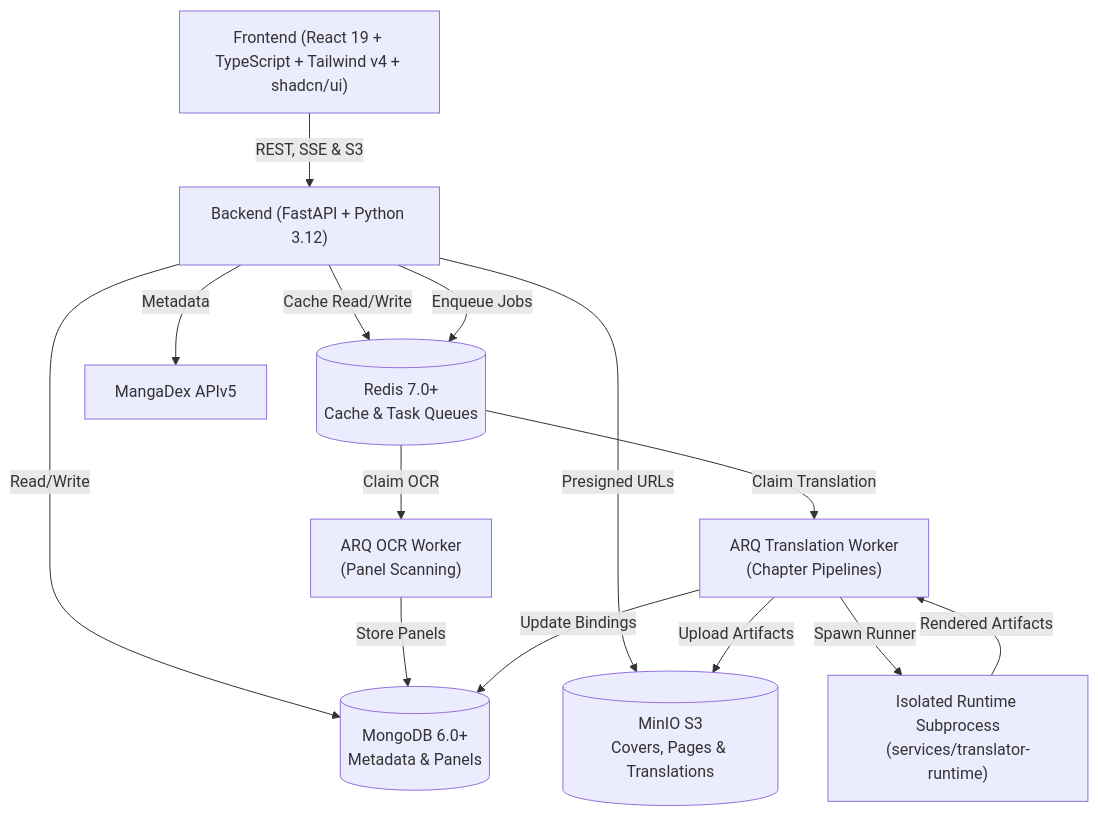
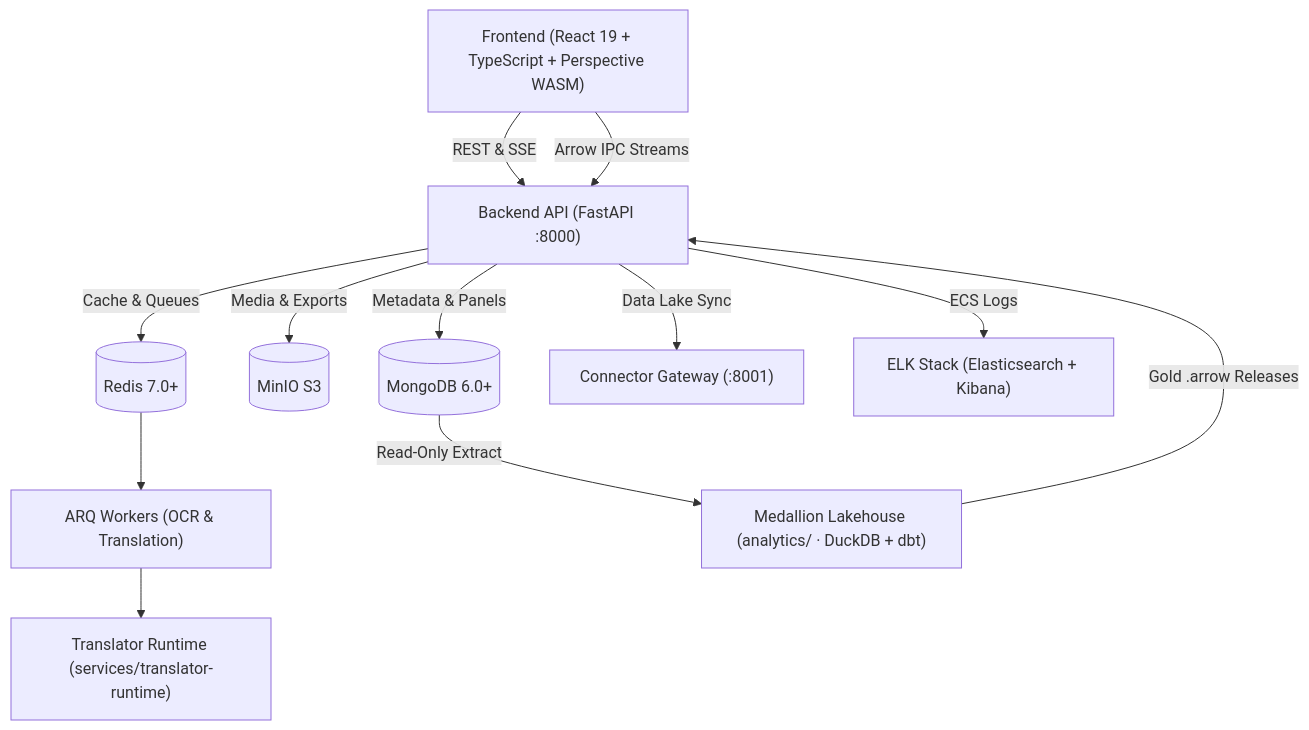
Before and after one commit to huyxuantruong1411/Manga-Reviews-Management: the diagram in README.md, drawn with Mermaid. The commit also changed other lines of this file and 2 other files, not shown here.

Commit message:
docs(readme): sync root, backend, and frontend READMEs with current system state

````diff
--- a/README.md
+++ b/README.md
@@ -104,26 +87,14 @@
 ```mermaid
 flowchart TD
-    Client["Frontend (React 19 + TypeScript + Tailwind v4 + shadcn/ui)"]
-    API["Backend (FastAPI + Python 3.12)"]
-    Mongo[("MongoDB 6.0+<br/>Metadata & Panels")]
-    MinIO[("MinIO S3<br/>Covers, Pages & Translations")]
-    Redis[("Redis 7.0+<br/>Cache & Task Queues")]
-    WorkerOCR["ARQ OCR Worker<br/>(Panel Scanning)"]
-    WorkerTrans["ARQ Translation Worker<br/>(Chapter Pipelines)"]
-    Runtime["Isolated Runtime Subprocess<br/>(services/translator-runtime)"]
-    DexAPI["MangaDex APIv5"]
-
-    Client -->|"REST, SSE & S3"| API
-    API -->|"Read/Write"| Mongo
-    API -->|"Presigned URLs"| MinIO
-    API -->|"Cache Read/Write"| Redis
-    API -->|"Enqueue Jobs"| Redis
-    Redis -->|"Claim OCR"| WorkerOCR
-    Redis -->|"Claim Translation"| WorkerTrans
-    WorkerOCR -->|"Store Panels"| Mongo
-    WorkerTrans -->|"Spawn Runner"| Runtime
-    Runtime -->|"Rendered Artifacts"| WorkerTrans
-    WorkerTrans -->|"Upload Artifacts"| MinIO
-    WorkerTrans -->|"Update Bindings"| Mongo
-    API -->|"Metadata"| DexAPI
+    Client["Frontend (React 19 + TypeScript + Perspective WASM)"] -->|REST & SSE| API["Backend API (FastAPI :8000)"]
+    Client -->|"Arrow IPC Streams"| API
+    API -->|Metadata & Panels| Mongo[("MongoDB 6.0+")]
+    API -->|"Media & Exports"| MinIO[("MinIO S3")]
+    API -->|"Cache & Queues"| Redis[("Redis 7.0+")]
+    Redis --> Workers["ARQ Workers (OCR & Translation)"]
+    Workers --> Runtime["Translator Runtime (services/translator-runtime)"]
+    Mongo -->|"Read-Only Extract"| Lake["Medallion Lakehouse (analytics/ · DuckDB + dbt)"]
+    Lake -->|"Gold .arrow Releases"| API
+    API -->|"Data Lake Sync"| Connector["Connector Gateway (:8001)"]
+    API -->|ECS Logs| ELK["ELK Stack (Elasticsearch + Kibana)"]
 ```
````
